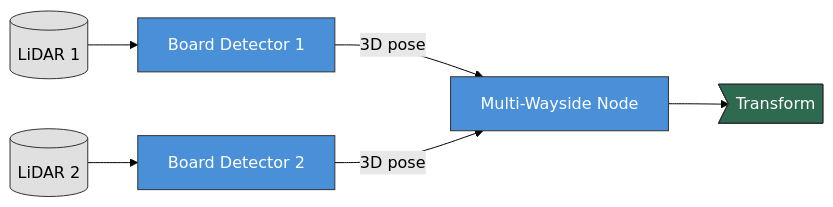
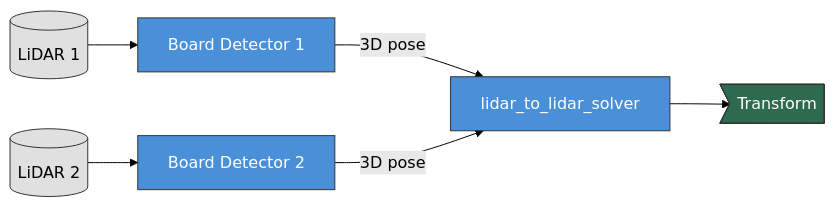
Before and after one commit to NEWSLabNTU/LCTK: the diagram in book/src/user-guide/multi-lidar.md, drawn with Mermaid (forest theme). The commit also changed other lines of this file and 17 other files, not shown here.

````diff
--- a/book/src/user-guide/multi-lidar.md
+++ b/book/src/user-guide/multi-lidar.md
@@ -7,16 +15,16 @@
 ```mermaid
 graph LR
     A[(LiDAR 1)] --> C[Board Detector 1]
     B[(LiDAR 2)] --> D[Board Detector 2]
-    C -->|3D pose| E[Multi-Wayside Node]
+    C -->|3D pose| E[lidar_to_lidar_solver]
     D -->|3D pose| E
     E --> F>Transform]
 
     classDef sensor fill:#e0e0e0,stroke:#333,color:#000
     classDef node fill:#4a90d9,stroke:#333,color:#fff
     classDef output fill:#2d6a4f,stroke:#333,color:#fff
 
     class A,B sensor
     class C,D,E node
     class F output
 ```
````
